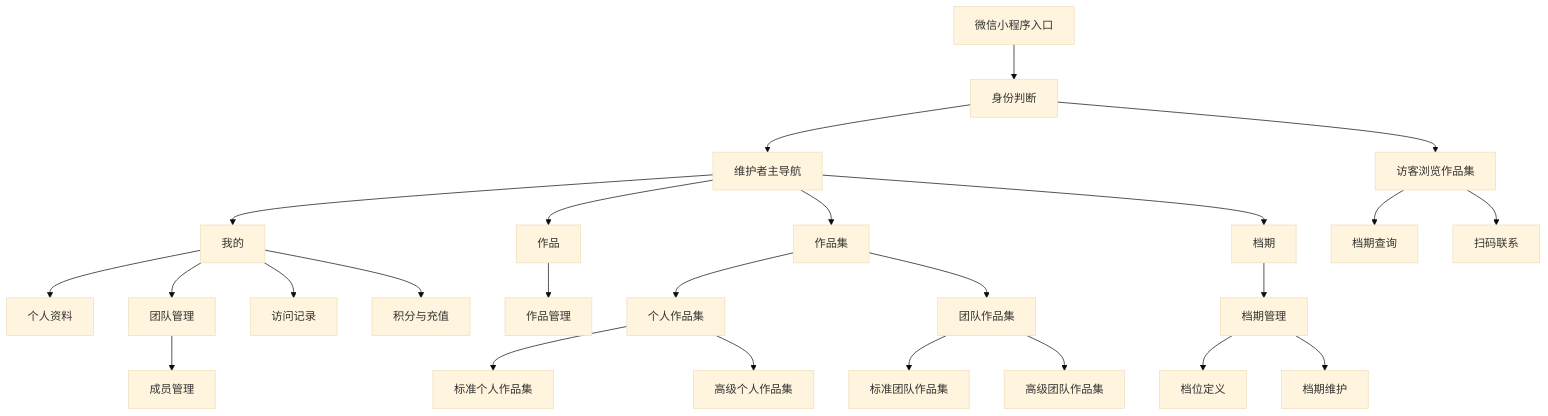
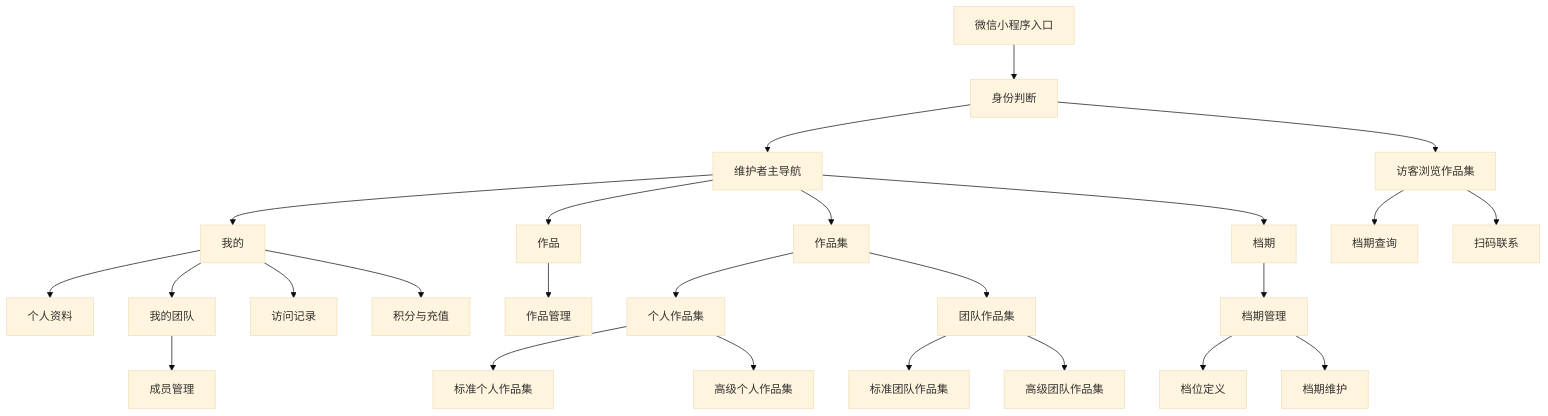
Before and after one commit to GodMime/WeFolio: the diagram in docs/PRD.md, drawn with Mermaid (base theme). The commit also changed other lines of this file and 1 other file, not shown here.

````diff
--- a/docs/PRD.md
+++ b/docs/PRD.md
@@ -247,27 +288,27 @@
 ```mermaid
 flowchart TD
   A["微信小程序入口"] --> B["身份判断"]
   B --> C["访客浏览作品集"]
   B --> D["维护者主导航"]
   D --> D1["我的"]
   D --> D2["作品"]
   D --> D3["作品集"]
   D --> D4["档期"]
   D1 --> E["个人资料"]
-  D1 --> I["团队管理"]
+  D1 --> I["我的团队"]
   D1 --> J["访问记录"]
   D1 --> M["积分与充值"]
   D2 --> F["作品管理"]
   D3 --> H["个人作品集"]
   D3 --> I2["团队作品集"]
   D4 --> G["档期管理"]
   G --> G1["档位定义"]
   G --> G2["档期维护"]
   H --> H1["标准个人作品集"]
   H --> H2["高级个人作品集"]
   I --> I1["成员管理"]
   I2 --> I21["标准团队作品集"]
   I2 --> I22["高级团队作品集"]
   C --> K["档期查询"]
   C --> L["扫码联系"]
 ```
````
